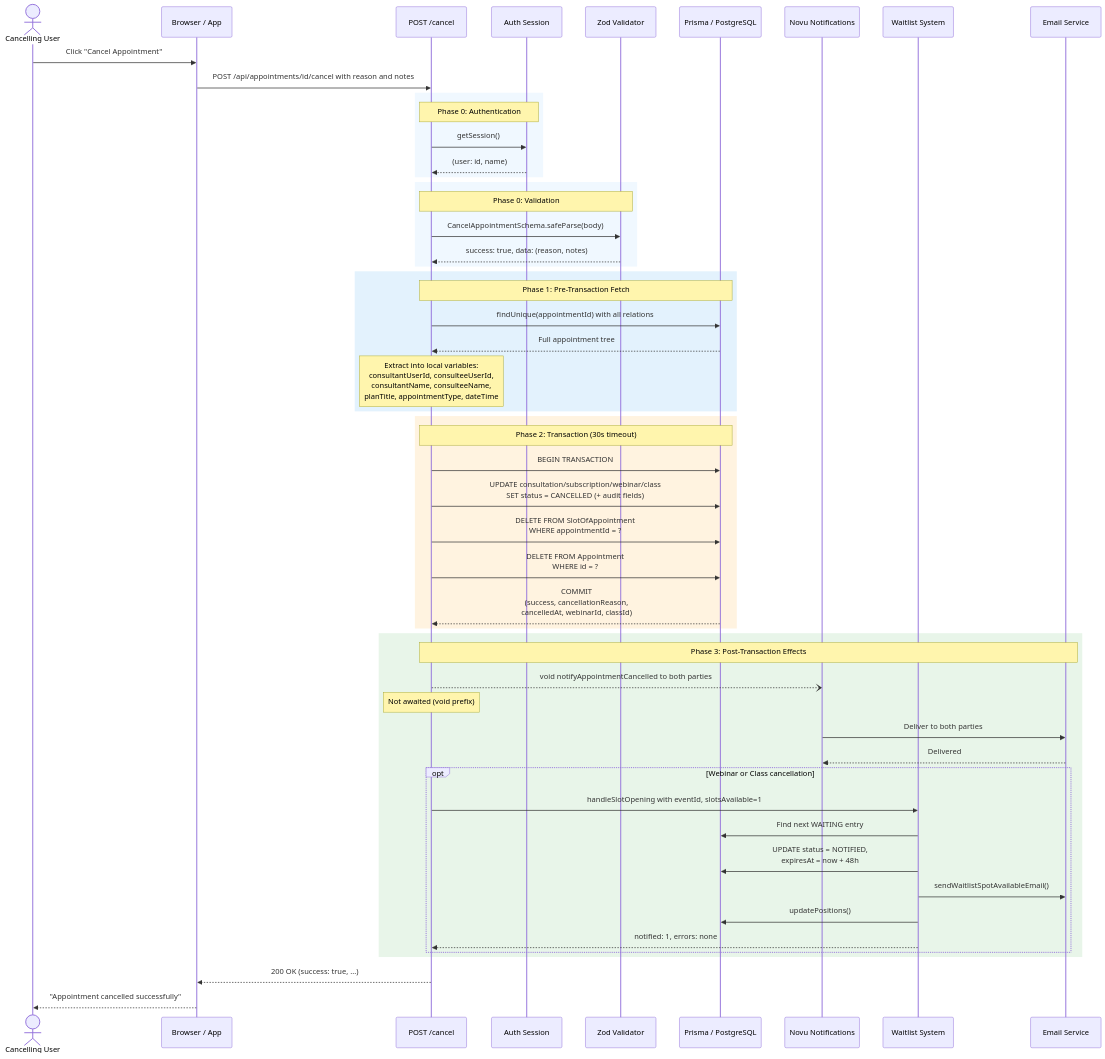
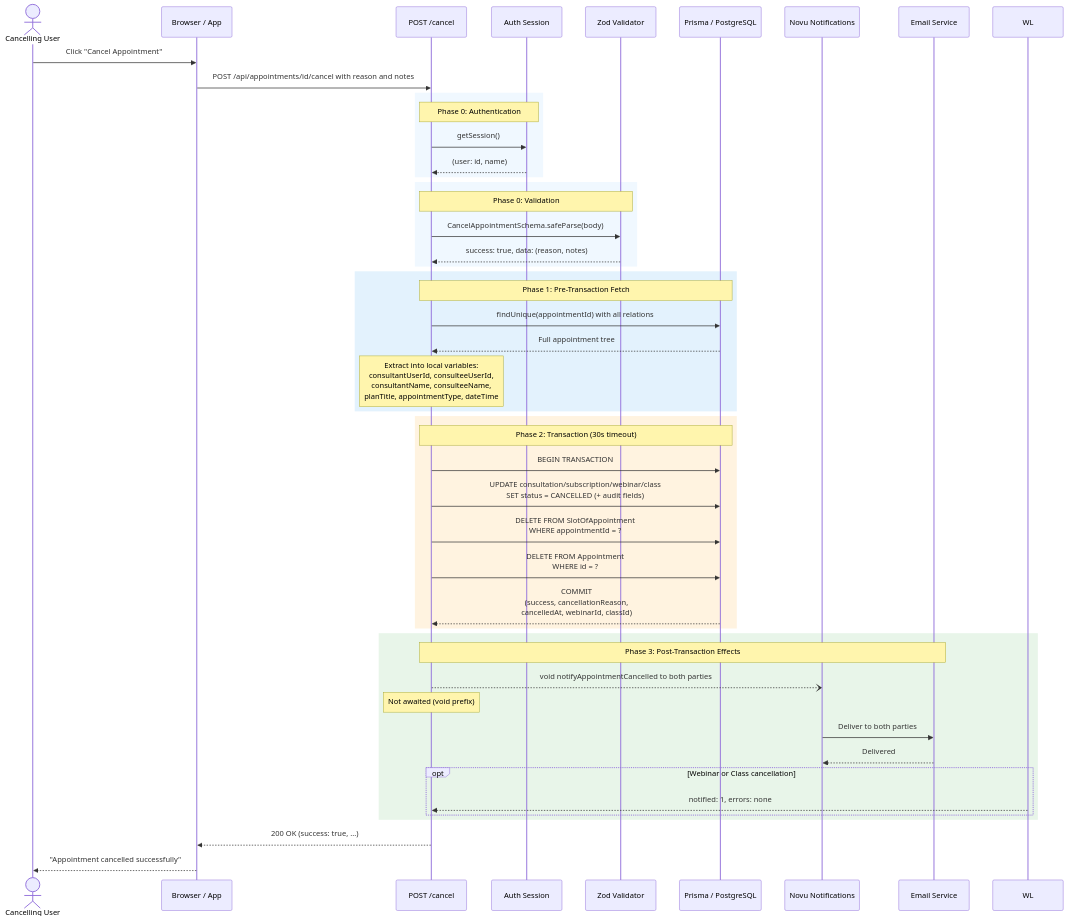
Diagram 14 of 14 in docs/booking/08-cancellation-flow.md (Practitionist/familiarise_web), drawn with Mermaid before and after one commit. The commit also changed other lines of this file and 181 other files, not shown here.

````diff
--- a/docs/booking/08-cancellation-flow.md
+++ b/docs/booking/08-cancellation-flow.md
@@ -1156,63 +1077,57 @@
 ```mermaid
 sequenceDiagram
     actor User as Cancelling User
     participant Client as Browser / App
     participant API as POST /cancel
     participant Auth as Auth Session
     participant Zod as Zod Validator
     participant DB as Prisma / PostgreSQL
     participant Novu as Novu Notifications
-    participant WL as Waitlist System
     participant Email as Email Service
 
     User->>Client: Click "Cancel Appointment"
     Client->>API: POST /api/appointments/id/cancel with reason and notes
 
     rect rgb(240, 248, 255)
         Note over API,Auth: Phase 0: Authentication
         API->>Auth: getSession()
         Auth-->>API: (user: id, name)
     end
 
     rect rgb(240, 248, 255)
         Note over API,Zod: Phase 0: Validation
         API->>Zod: CancelAppointmentSchema.safeParse(body)
         Zod-->>API: success: true, data: (reason, notes)
     end
 
     rect rgb(227, 242, 253)
         Note over API,DB: Phase 1: Pre-Transaction Fetch
         API->>DB: findUnique(appointmentId) with all relations
         DB-->>API: Full appointment tree
         Note over API: Extract into local variables:<br/>consultantUserId, consulteeUserId,<br/>consultantName, consulteeName,<br/>planTitle, appointmentType, dateTime
     end
 
     rect rgb(255, 243, 224)
         Note over API,DB: Phase 2: Transaction (30s timeout)
         API->>DB: BEGIN TRANSACTION
         API->>DB: UPDATE consultation/subscription/webinar/class<br/>SET status = CANCELLED (+ audit fields)
         API->>DB: DELETE FROM SlotOfAppointment<br/>WHERE appointmentId = ?
         API->>DB: DELETE FROM Appointment<br/>WHERE id = ?
         DB-->>API: COMMIT<br/>(success, cancellationReason,<br/>cancelledAt, webinarId, classId)
     end
 
     rect rgb(232, 245, 233)
         Note over API,Email: Phase 3: Post-Transaction Effects
         API--)Novu: void notifyAppointmentCancelled to both parties
         Note over API: Not awaited (void prefix)
         Novu->>Email: Deliver to both parties
         Email-->>Novu: Delivered
 
         opt Webinar or Class cancellation
-            API->>WL: handleSlotOpening with eventId, slotsAvailable=1
-            WL->>DB: Find next WAITING entry
-            WL->>DB: UPDATE status = NOTIFIED,<br/>expiresAt = now + 48h
-            WL->>Email: sendWaitlistSpotAvailableEmail()
-            WL->>DB: updatePositions()
             WL-->>API: notified: 1, errors: none
         end
     end
 
     API-->>Client: 200 OK (success: true, ...)
     Client-->>User: "Appointment cancelled successfully"
 ```
````
